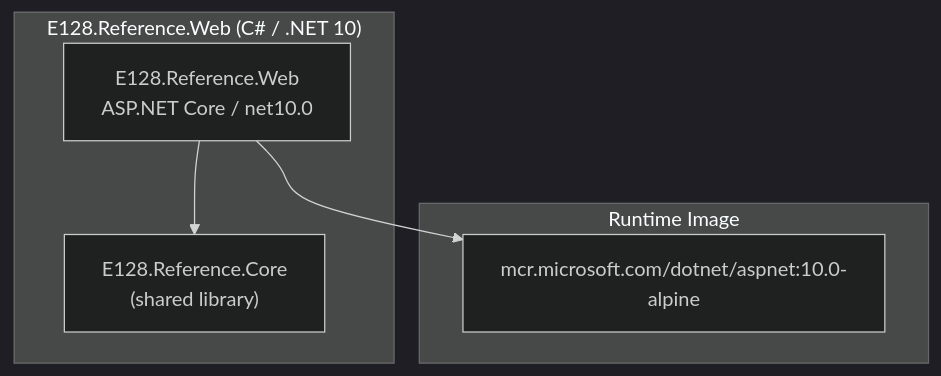
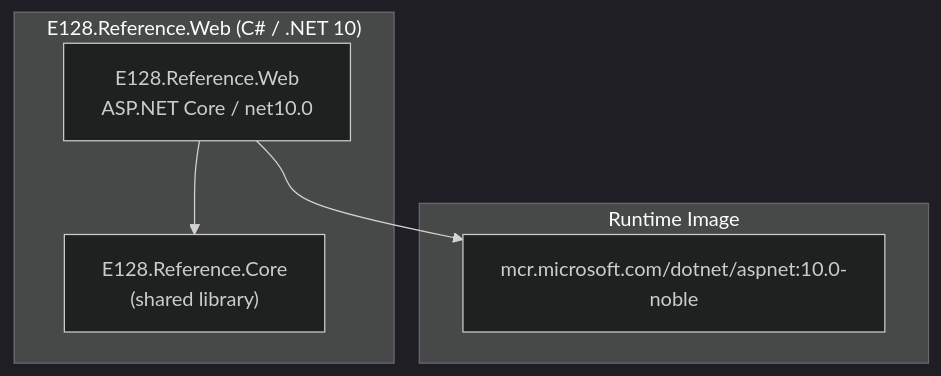
Before and after one commit to e128/dotnet-reference: the diagram in lode/dotnet-reference/dep-map.md, drawn with Mermaid (dark theme). The commit also changed other lines of this file and 26 other files, not shown here.

````diff
--- a/lode/dotnet-reference/dep-map.md
+++ b/lode/dotnet-reference/dep-map.md
@@ -89,14 +90,14 @@
 ```mermaid
 graph TB
   subgraph repobox["E128.Reference.Web (C# / .NET 10)"]
     web["E128.Reference.Web\nASP.NET Core / net10.0"]
     core["E128.Reference.Core\n(shared library)"]
   end
 
   subgraph runtime["Runtime Image"]
-    img["mcr.microsoft.com/dotnet/aspnet:10.0-alpine"]
+    img["mcr.microsoft.com/dotnet/aspnet:10.0-noble"]
   end
 
   web --> core
   web --> img
 ```
````
